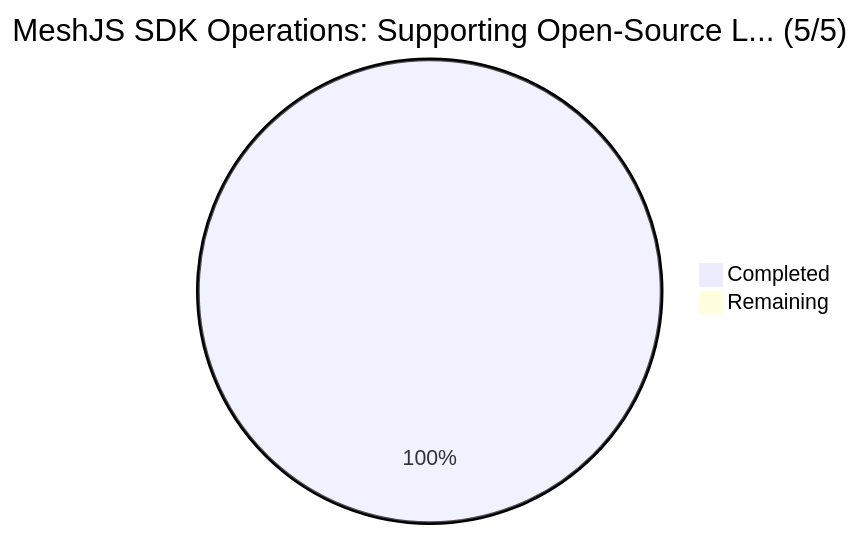
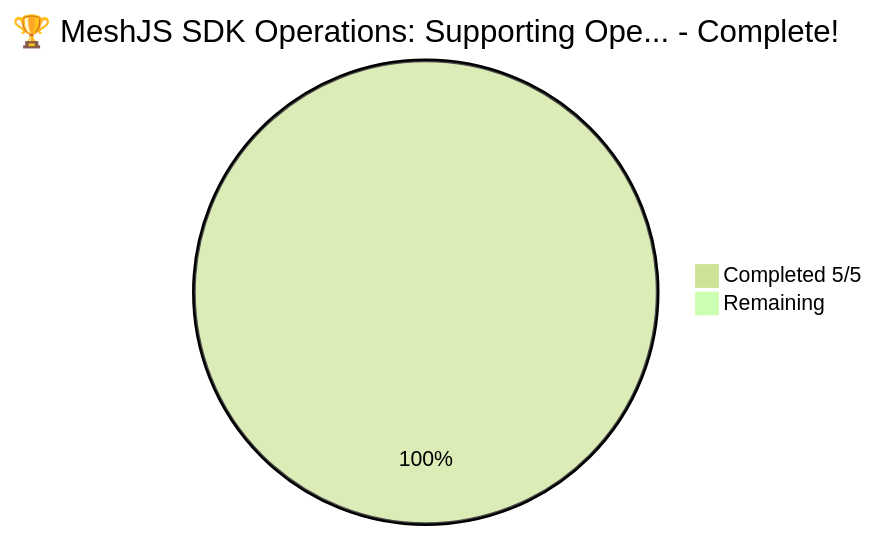
Before and after one commit to Andre-Diamond/test: the first of 10 diagrams in README.md, drawn with Mermaid. The commit also changed other lines of this file, not shown here.

Commit message:
Update MeshJS Catalyst Projects README

````diff
--- a/README.md
+++ b/README.md
@@ -123,5 +125,7 @@
 ```mermaid
-pie title MeshJS SDK Operations: Supporting Open-Source L... (5/5)
-    "Completed" : 5
+%%{init: {'theme':'forest'}}%%
+pie
+    title 🏆 MeshJS SDK Operations: Supporting Ope... - Complete!
+    "Completed 5/5" : 5
     "Remaining" : 0
 ```
````
